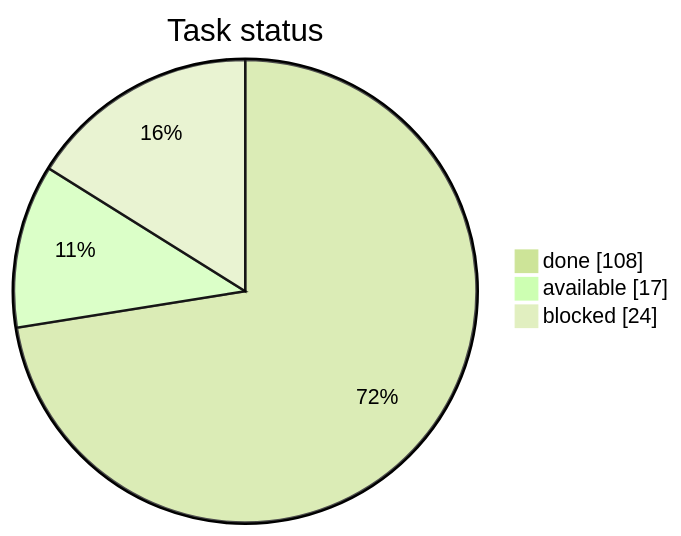
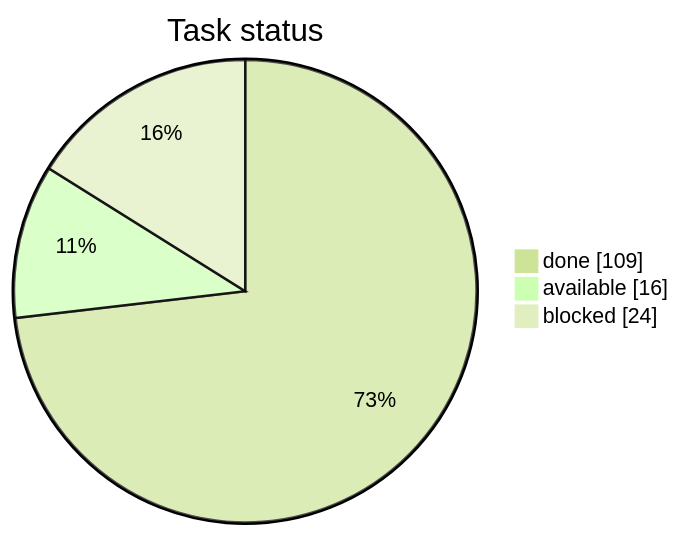
Before and after one commit to artemiiShabanov/RallyRivals: the first of 3 diagrams in STATUS.md, drawn with Mermaid (forest theme). The commit also changed other lines of this file and 1 other file, not shown here.

Commit message:
tasks: mark code-track-regions done (+ retitle/resize to big — runtime reskin) + sync

````diff
--- a/STATUS.md
+++ b/STATUS.md
@@ -7,7 +7,7 @@
 ```mermaid
 pie showData
     title Task status
-    "done" : 108
-    "available" : 17
+    "done" : 109
+    "available" : 16
     "blocked" : 24
 ```
````
